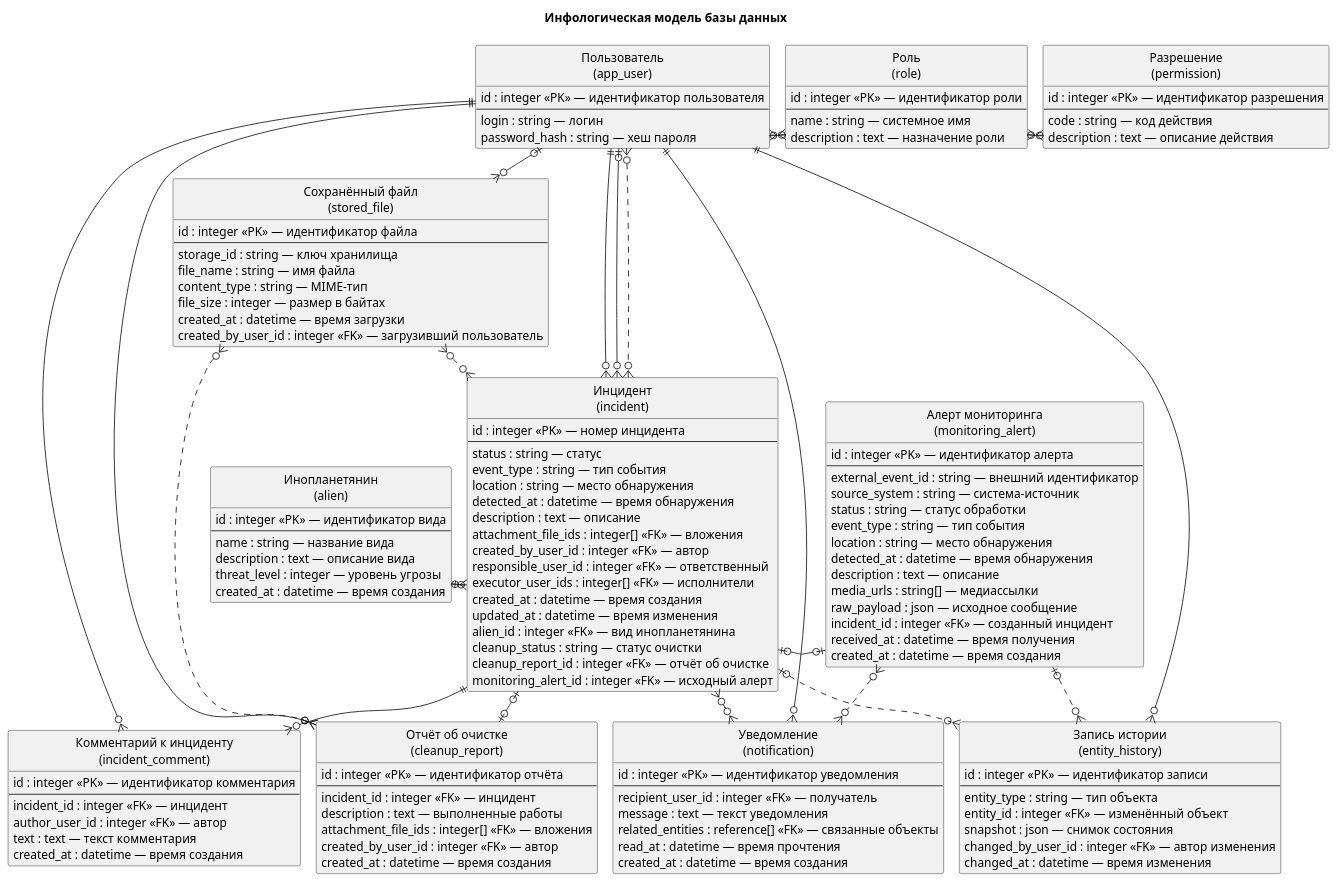
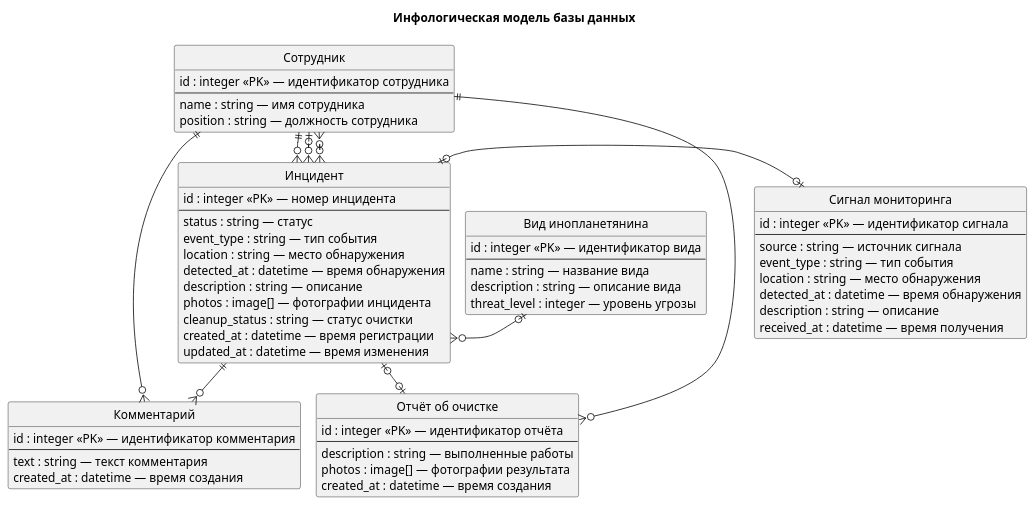
Before and after one commit to Andryss/AIMS: the first of 2 diagrams in docs/entity-relation.md, drawn with PlantUML.

Commit message:
docs: simplify infological database model

````diff
--- a/docs/entity-relation.md
+++ b/docs/entity-relation.md
@@ -14,162 +14,79 @@
 skinparam shadowing false
 top to bottom direction
 
-  entity "Пользователь\n(app_user)" as user_i {
-    id : integer <<PK>> — идентификатор пользователя
-    --
-    login : string — логин
-    password_hash : string — хеш пароля
-  }
+entity "Сотрудник" as employee_i {
+  id : integer <<PK>> — идентификатор сотрудника
+  --
+  name : string — имя сотрудника
+  position : string — должность сотрудника
+}
 
-  entity "Роль\n(role)" as role_i {
-    id : integer <<PK>> — идентификатор роли
-    --
-    name : string — системное имя
-    description : text — назначение роли
-  }
+entity "Инцидент" as incident_i {
+  id : integer <<PK>> — номер инцидента
+  --
+  status : string — статус
+  event_type : string — тип события
+  location : string — место обнаружения
+  detected_at : datetime — время обнаружения
+  description : string — описание
+  photos : image[] — фотографии инцидента
+  cleanup_status : string — статус очистки
+  created_at : datetime — время регистрации
+  updated_at : datetime — время изменения
+}
 
-  entity "Разрешение\n(permission)" as permission_i {
-    id : integer <<PK>> — идентификатор разрешения
-    --
-    code : string — код действия
-    description : text — описание действия
-  }
+entity "Сигнал мониторинга" as alert_i {
+  id : integer <<PK>> — идентификатор сигнала
+  --
+  source : string — источник сигнала
+  event_type : string — тип события
+  location : string — место обнаружения
+  detected_at : datetime — время обнаружения
+  description : string — описание
+  received_at : datetime — время получения
+}
 
-  entity "Инцидент\n(incident)" as incident_i {
-    id : integer <<PK>> — номер инцидента
-    --
-    status : string — статус
-    event_type : string — тип события
-    location : string — место обнаружения
-    detected_at : datetime — время обнаружения
-    description : text — описание
-    attachment_file_ids : integer[] <<FK>> — вложения
-    created_by_user_id : integer <<FK>> — автор
-    responsible_user_id : integer <<FK>> — ответственный
-    executor_user_ids : integer[] <<FK>> — исполнители
-    created_at : datetime — время создания
-    updated_at : datetime — время изменения
-    alien_id : integer <<FK>> — вид инопланетянина
-    cleanup_status : string — статус очистки
-    cleanup_report_id : integer <<FK>> — отчёт об очистке
-    monitoring_alert_id : integer <<FK>> — исходный алерт
-  }
+entity "Вид инопланетянина" as alien_i {
+  id : integer <<PK>> — идентификатор вида
+  --
+  name : string — название вида
+  description : string — описание вида
+  threat_level : integer — уровень угрозы
+}
 
-  entity "Инопланетянин\n(alien)" as alien_i {
-    id : integer <<PK>> — идентификатор вида
-    --
-    name : string — название вида
-    description : text — описание вида
-    threat_level : integer — уровень угрозы
-    created_at : datetime — время создания
-  }
+entity "Комментарий" as comment_i {
+  id : integer <<PK>> — идентификатор комментария
+  --
+  text : string — текст комментария
+  created_at : datetime — время создания
+}
 
-  entity "Комментарий к инциденту\n(incident_comment)" as comment_i {
-    id : integer <<PK>> — идентификатор комментария
-    --
-    incident_id : integer <<FK>> — инцидент
-    author_user_id : integer <<FK>> — автор
-    text : text — текст комментария
-    created_at : datetime — время создания
-  }
+entity "Отчёт об очистке" as report_i {
+  id : integer <<PK>> — идентификатор отчёта
+  --
+  description : string — выполненные работы
+  photos : image[] — фотографии результата
+  created_at : datetime — время создания
+}
 
-  entity "Отчёт об очистке\n(cleanup_report)" as cleanup_i {
-    id : integer <<PK>> — идентификатор отчёта
-    --
-    incident_id : integer <<FK>> — инцидент
-    description : text — выполненные работы
-    attachment_file_ids : integer[] <<FK>> — вложения
-    created_by_user_id : integer <<FK>> — автор
-    created_at : datetime — время создания
-  }
+employee_i ||--o{ incident_i
+employee_i |o--o{ incident_i
+employee_i }o--o{ incident_i
 
-  entity "Алерт мониторинга\n(monitoring_alert)" as alert_i {
-    id : integer <<PK>> — идентификатор алерта
-    --
-    external_event_id : string — внешний идентификатор
-    source_system : string — система-источник
-    status : string — статус обработки
-    event_type : string — тип события
-    location : string — место обнаружения
-    detected_at : datetime — время обнаружения
-    description : text — описание
-    media_urls : string[] — медиассылки
-    raw_payload : json — исходное сообщение
-    incident_id : integer <<FK>> — созданный инцидент
-    received_at : datetime — время получения
-    created_at : datetime — время создания
-  }
-
-  entity "Сохранённый файл\n(stored_file)" as file_i {
-    id : integer <<PK>> — идентификатор файла
-    --
-    storage_id : string — ключ хранилища
-    file_name : string — имя файла
-    content_type : string — MIME-тип
-    file_size : integer — размер в байтах
-    created_at : datetime — время загрузки
-    created_by_user_id : integer <<FK>> — загрузивший пользователь
-  }
-
-  entity "Уведомление\n(notification)" as notification_i {
-    id : integer <<PK>> — идентификатор уведомления
-    --
-    recipient_user_id : integer <<FK>> — получатель
-    message : text — текст уведомления
-    related_entities : reference[] <<FK>> — связанные объекты
-    read_at : datetime — время прочтения
-    created_at : datetime — время создания
-  }
-
-  entity "Запись истории\n(entity_history)" as history_i {
-    id : integer <<PK>> — идентификатор записи
-    --
-    entity_type : string — тип объекта
-    entity_id : integer <<FK>> — изменённый объект
-    snapshot : json — снимок состояния
-    changed_by_user_id : integer <<FK>> — автор изменения
-    changed_at : datetime — время изменения
-  }
-
-user_i }o--o{ role_i
-role_i }o--o{ permission_i
-
-user_i ||--o{ incident_i
-user_i |o--o{ incident_i
-user_i }o..o{ incident_i
+alert_i |o--o| incident_i
 alien_i |o--o{ incident_i
 
 incident_i ||--o{ comment_i
-user_i ||--o{ comment_i
-incident_i |o--o| cleanup_i
-user_i ||--o{ cleanup_i
-incident_i |o--o| alert_i
+employee_i ||--o{ comment_i
 
-user_i |o--o{ file_i
-file_i }o..o{ incident_i
-file_i }o..o{ cleanup_i
-
-user_i ||--o{ notification_i
-incident_i }o..o{ notification_i
-alert_i }o..o{ notification_i
-
-user_i ||--o{ history_i
-incident_i |o..o{ history_i
-alert_i |o..o{ history_i
-
-permission_i -[hidden]right-> role_i
-role_i -[hidden]right-> user_i
+incident_i |o--o| report_i
+employee_i ||--o{ report_i
 
 alien_i -[hidden]right-> incident_i
 incident_i -[hidden]right-> alert_i
-
-file_i -[hidden]right-> comment_i
-comment_i -[hidden]right-> cleanup_i
-cleanup_i -[hidden]right-> notification_i
-notification_i -[hidden]right-> history_i
-
-user_i -[hidden]down-> incident_i
-incident_i -[hidden]down-> cleanup_i
+comment_i -[hidden]right-> report_i
+employee_i -[hidden]down-> incident_i
+incident_i -[hidden]down-> report_i
 
 @enduml
 ```
````
